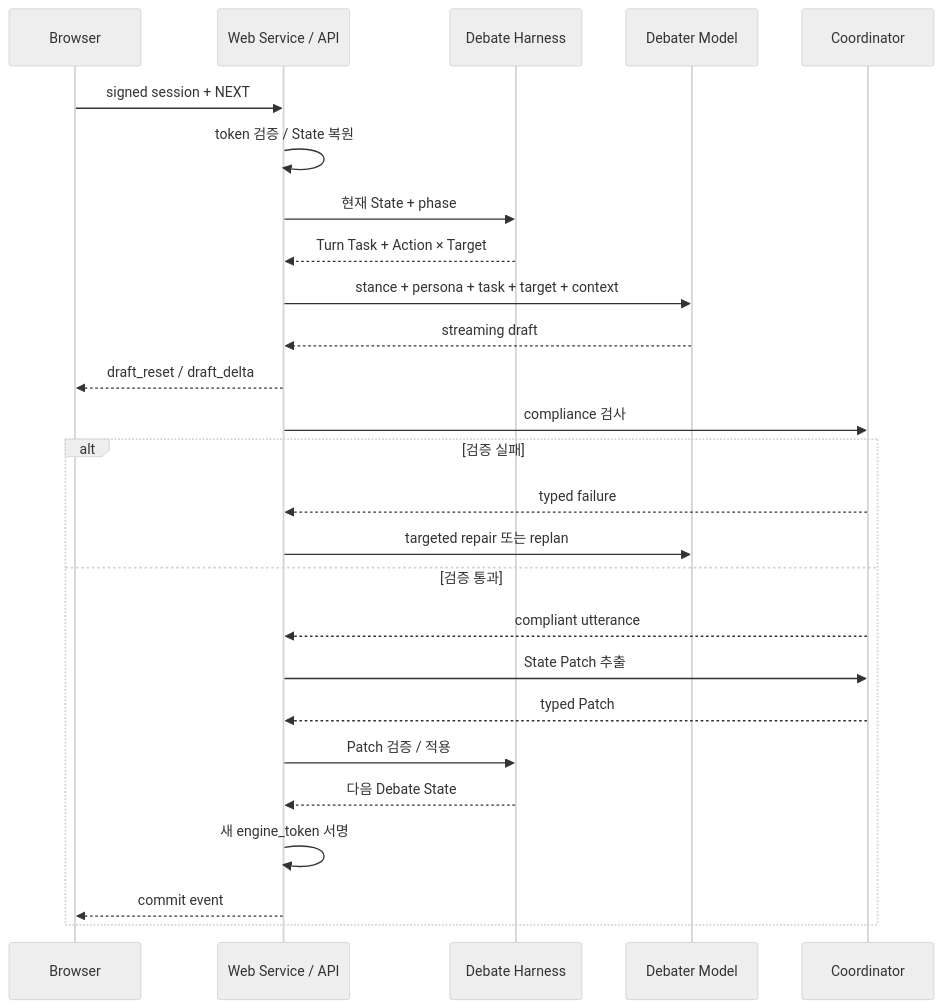
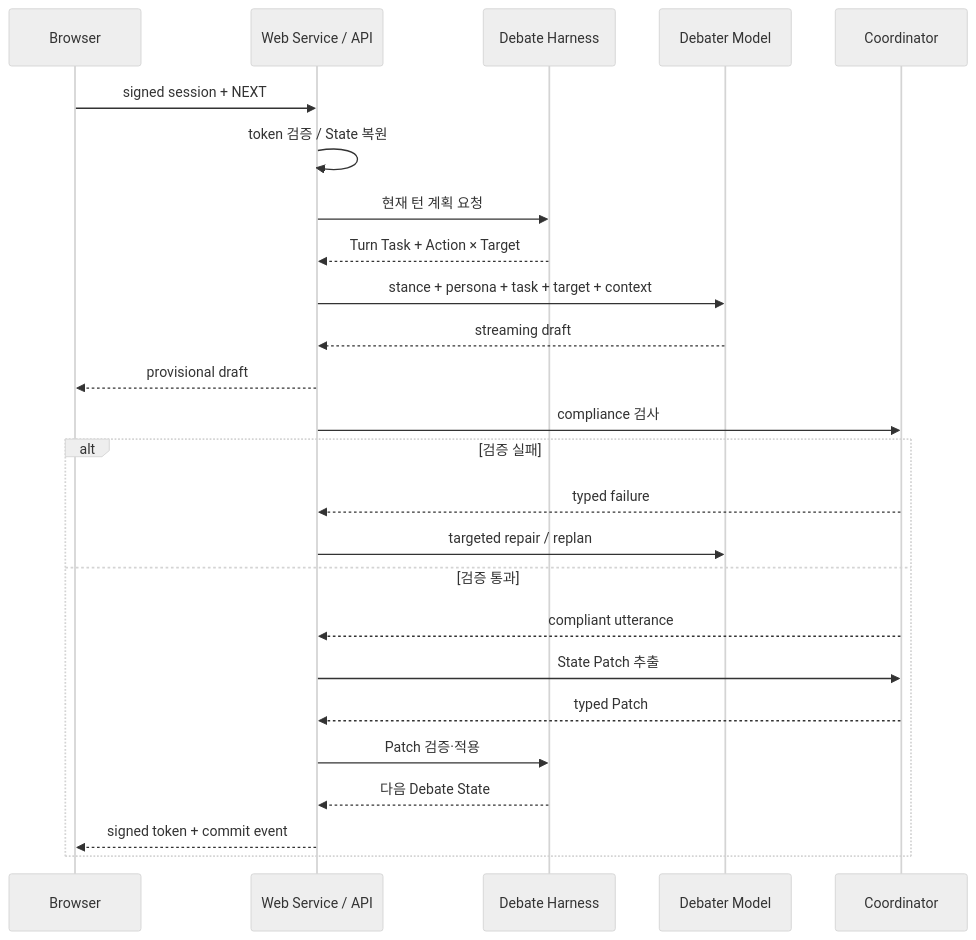
The eighth of 11 diagrams in README.md (hodob/A1-3), drawn with Mermaid (neutral theme) before and after one commit. The commit also changed other lines of this file, not shown here.

Commit message:
Polish README diagrams for rendered GitHub readability

````diff
--- a/README.md
+++ b/README.md
@@ -424,31 +422,30 @@
 ```mermaid
 sequenceDiagram
     participant B as Browser
     participant W as Web Service / API
     participant H as Debate Harness
     participant D as Debater Model
     participant C as Coordinator
 
     B->>W: signed session + NEXT
     W->>W: token 검증 / State 복원
-    W->>H: 현재 State + phase
+    W->>H: 현재 턴 계획 요청
     H-->>W: Turn Task + Action × Target
 
     W->>D: stance + persona + task + target + context
     D-->>W: streaming draft
-    W-->>B: draft_reset / draft_delta
+    W-->>B: provisional draft
 
     W->>C: compliance 검사
     alt 검증 실패
         C-->>W: typed failure
-        W->>D: targeted repair 또는 replan
+        W->>D: targeted repair / replan
     else 검증 통과
         C-->>W: compliant utterance
         W->>C: State Patch 추출
         C-->>W: typed Patch
-        W->>H: Patch 검증 / 적용
+        W->>H: Patch 검증·적용
         H-->>W: 다음 Debate State
-        W->>W: 새 engine_token 서명
-        W-->>B: commit event
+        W-->>B: signed token + commit event
     end
 ```
````
